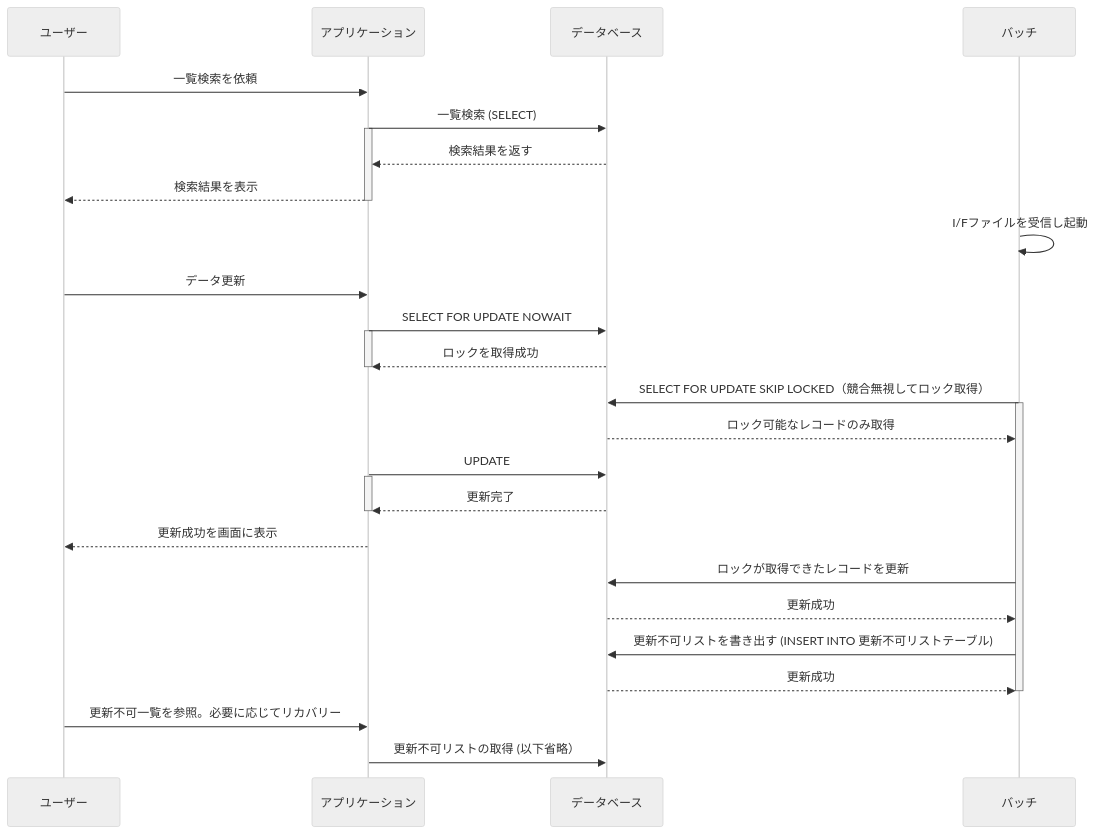
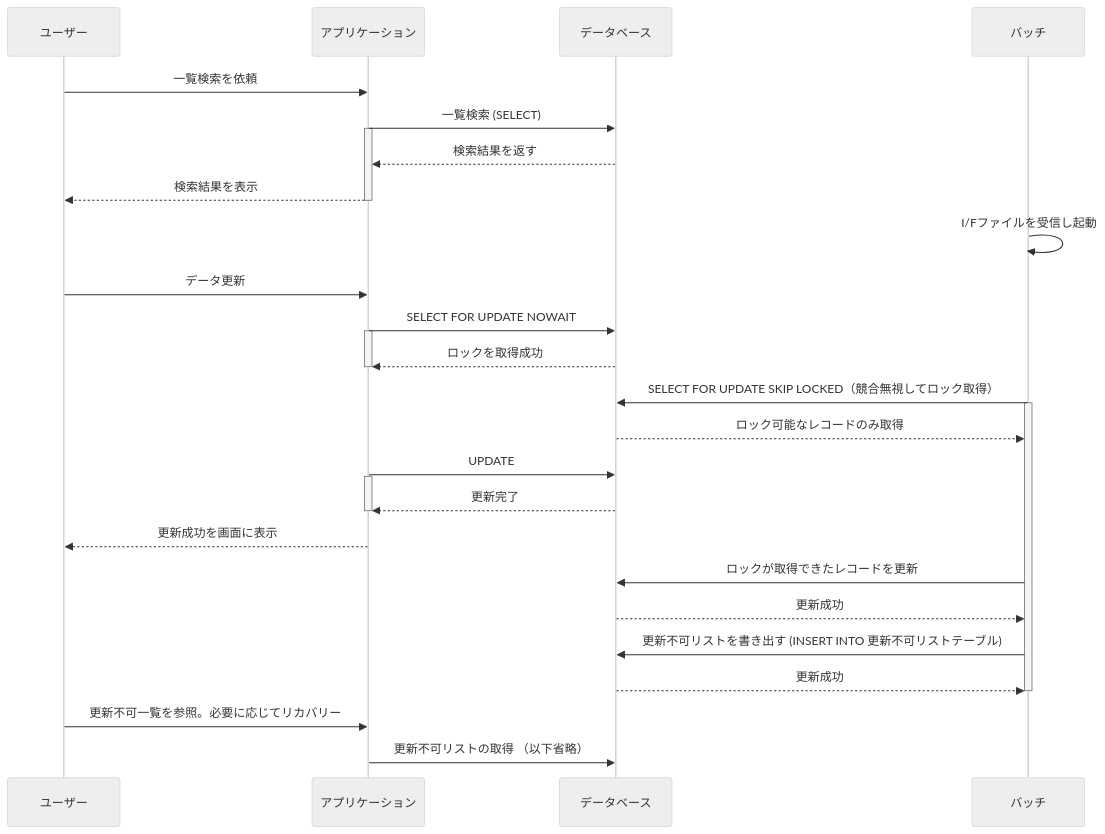
The second of 3 diagrams in documents/forBatch/batch_guidelines.md (future-architect/arch-guidelines), drawn with Mermaid (neutral theme) before and after one commit. The commit also changed other lines of this file and 12 other files, not shown here.

````diff
--- a/documents/forBatch/batch_guidelines.md
+++ b/documents/forBatch/batch_guidelines.md
@@ -790,41 +789,41 @@
 ```mermaid
 sequenceDiagram
- 	participant User as ユーザー
- 	participant App as アプリケーション
- 	participant DB as データベース
- 	participant Batch as バッチ
+  participant User as ユーザー
+  participant App as アプリケーション
+  participant DB as データベース
+  participant Batch as バッチ
 
- 	User ->> App: 一覧検索を依頼
- 	App ->> DB: 一覧検索 (SELECT)
- 	activate App
- 	DB -->> App: 検索結果を返す
- 	App -->> User: 検索結果を表示
- 	deactivate App
+  User ->> App: 一覧検索を依頼
+  App ->> DB: 一覧検索 (SELECT)
+  activate App
+  DB -->> App: 検索結果を返す
+  App -->> User: 検索結果を表示
+  deactivate App
 
- 	Batch ->> Batch: I/Fファイルを受信し起動
+  Batch ->> Batch: I/Fファイルを受信し起動
 
- 	User ->> App: データ更新
- 	App ->> DB: SELECT FOR UPDATE NOWAIT
- 	activate App
- 	DB -->> App: ロックを取得成功
- 	deactivate App
+  User ->> App: データ更新
+  App ->> DB: SELECT FOR UPDATE NOWAIT
+  activate App
+  DB -->> App: ロックを取得成功
+  deactivate App
 
- 	Batch ->> DB: SELECT FOR UPDATE SKIP LOCKED（競合無視してロック取得）
- 	activate Batch
- 	DB -->> Batch: ロック可能なレコードのみ取得
+  Batch ->> DB: SELECT FOR UPDATE SKIP LOCKED（競合無視してロック取得）
+  activate Batch
+  DB -->> Batch: ロック可能なレコードのみ取得
 
- 	App ->> DB: UPDATE
- 	activate App
- 	DB -->> App: 更新完了
- 	deactivate App
- 	App -->> User: 更新成功を画面に表示
+  App ->> DB: UPDATE
+  activate App
+  DB -->> App: 更新完了
+  deactivate App
+  App -->> User: 更新成功を画面に表示
 
- 	Batch ->> DB: ロックが取得できたレコードを更新
- 	DB -->> Batch: 更新成功
- 	Batch ->> DB: 更新不可リストを書き出す (INSERT INTO 更新不可リストテーブル)
- 	DB -->> Batch: 更新成功
- 	deactivate Batch
+  Batch ->> DB: ロックが取得できたレコードを更新
+  DB -->> Batch: 更新成功
+  Batch ->> DB: 更新不可リストを書き出す (INSERT INTO 更新不可リストテーブル)
+  DB -->> Batch: 更新成功
+  deactivate Batch
 
- 	User ->> App: 更新不可一覧を参照。必要に応じてリカバリー
- 	App ->> DB: 更新不可リストの取得 (以下省略）
+  User ->> App: 更新不可一覧を参照。必要に応じてリカバリー
+  App ->> DB: 更新不可リストの取得 （以下省略）
 ```
````
